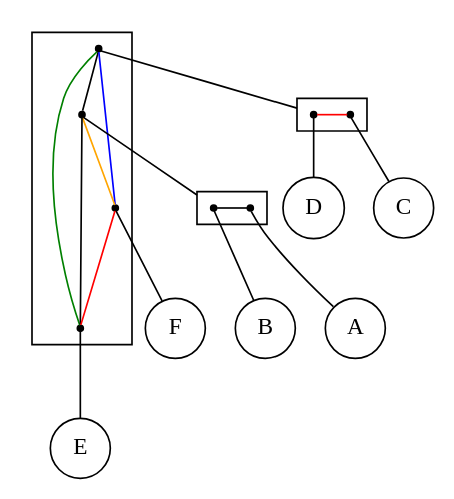
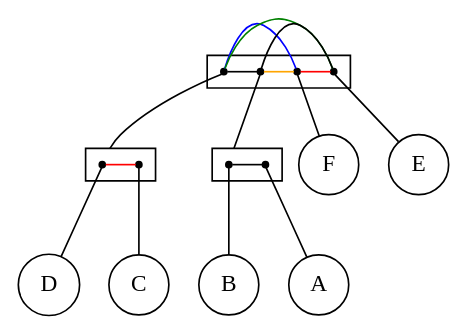
The diagram in src/final/Structure2.dot (lrodrin/TFG), drawn with Graphviz before and after one commit. The commit also changed 3 other files, not shown here.

```diff
--- a/src/final/Structure2.dot
+++ b/src/final/Structure2.dot
@@ -1,43 +1,44 @@
 digraph Structure2 {
 compound=true;
 fontname=Verdana;
 fontsize=12;
 newrank=true;
 node [shape=circle];
 F;
 E;
 B;
 A;
 D;
 C;
-subgraph cluster_FEADBC {
+subgraph cluster_DFABEC {
 node [shape=point];
 s_DC -> s_BA  [color=black, arrowhead=none];
 s_DC -> s_F  [color=blue, arrowhead=none];
 s_DC -> s_E  [color=green, arrowhead=none];
 s_BA -> s_F  [color=orange, arrowhead=none];
 s_BA -> s_E  [color=black, arrowhead=none];
 s_F -> s_E  [color=red, arrowhead=none];
+{ rank=same; s_DC, s_BA, s_F, s_E, s_BA }
 }
 
 subgraph cluster_BA {
 rank=same;
 node [shape=point];
 s_B -> s_A  [color=black, arrowhead=none];
 }
 
 subgraph cluster_DC {
 rank=same;
 node [shape=point];
 s_D -> s_C  [color=red, arrowhead=none];
 }
 
 s_DC -> s_D  [lhead=cluster_DC, arrowhead=none];
 s_BA -> s_B  [lhead=cluster_BA, arrowhead=none];
 s_F -> F  [arrowhead=none];
 s_E -> E  [arrowhead=none];
 s_B -> B  [arrowhead=none];
 s_A -> A  [arrowhead=none];
 s_D -> D  [arrowhead=none];
 s_C -> C  [arrowhead=none];
 }
```
